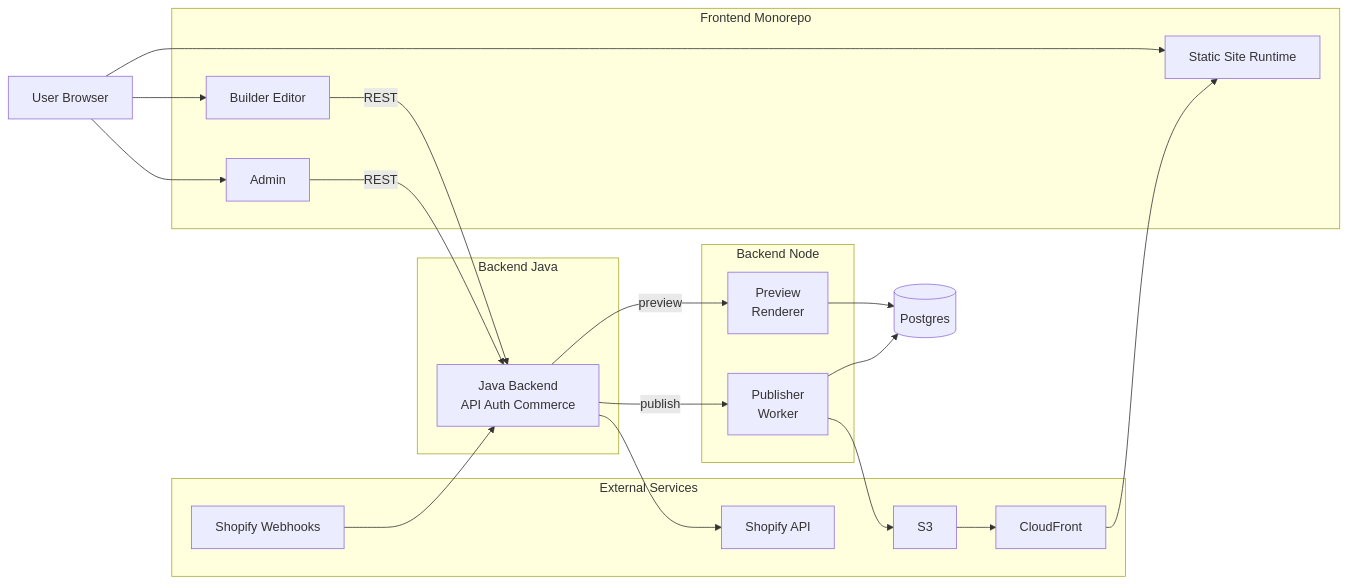
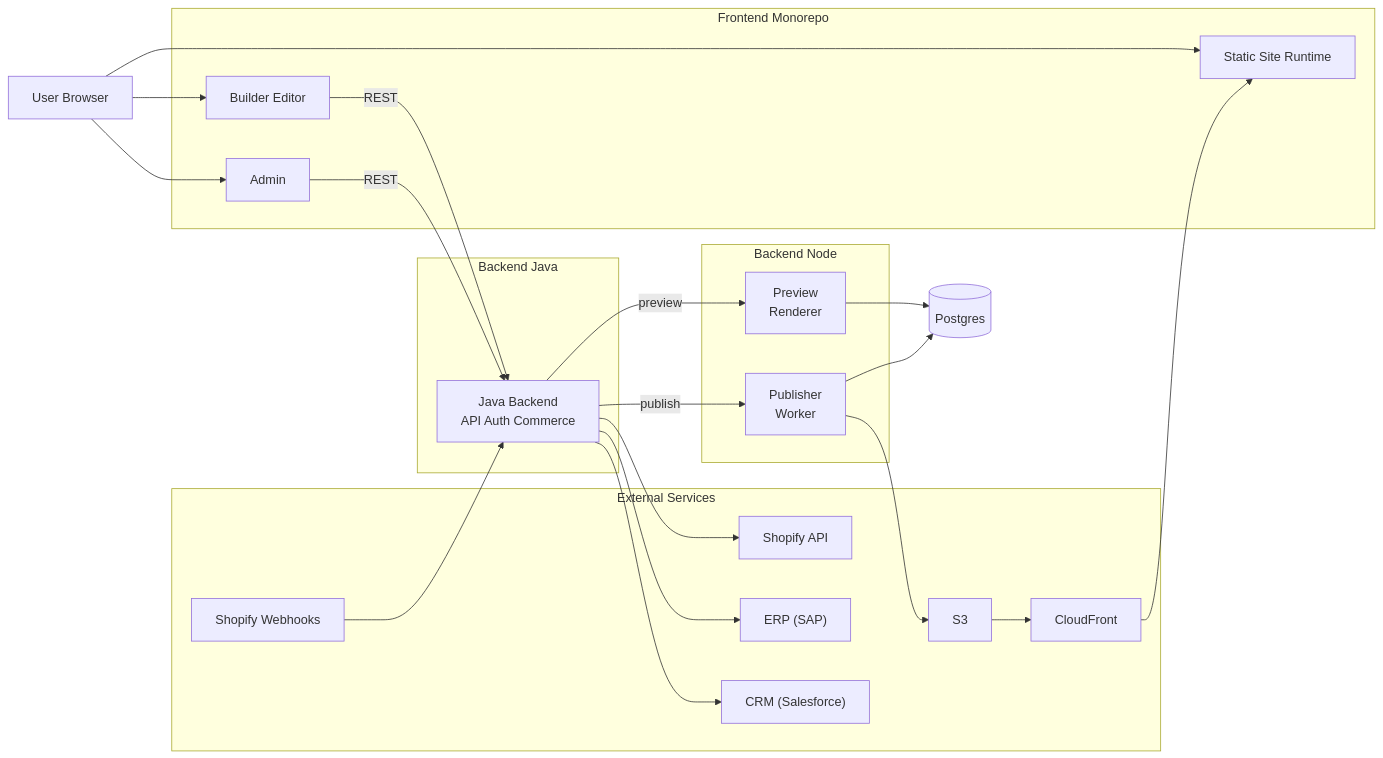
Before and after one commit to AIYAZONE/Atlas: the second of 14 diagrams in .trae/documents/02_Technical_Architecture/09_架构设计图表.md, drawn with Mermaid. The commit also changed 2 other files, not shown here.

Commit message:
docs(architecture): 更新技术架构文档添加ERP和CRM集成
添加ERP (SAP)和CRM (Salesforce)集成层描述
更新架构图包含新的外部服务连接
补充CI/CD流程和外部系统集成的详细说明

````diff
--- a/.trae/documents/02_Technical_Architecture/09_架构设计图表.md
+++ b/.trae/documents/02_Technical_Architecture/09_架构设计图表.md
@@ -94,44 +94,48 @@
 ```mermaid
 graph LR
   User[User Browser]
 
   subgraph "Frontend Monorepo"
     Builder["Builder Editor"]
     Admin[Admin]
     Runtime[Static Site Runtime]
   end
 
   subgraph "Backend Java"
     Java["Java Backend\nAPI Auth Commerce"]
   end
 
   subgraph "Backend Node"
     Preview["Preview\nRenderer"]
     Worker["Publisher\nWorker"]
   end
 
   subgraph "External Services"
     Shopify[Shopify API]
+    ERP["ERP (SAP)"]
+    CRM["CRM (Salesforce)"]
     S3[S3]
     CDN[CloudFront]
     Webhook[Shopify Webhooks]
   end
 
   User --> Runtime
   User --> Builder
   User --> Admin
 
   Builder -->|REST| Java
   Admin -->|REST| Java
   Java --> Shopify
+  Java --> ERP
+  Java --> CRM
   Webhook --> Java
 
   Java -->|preview| Preview
   Preview --> DB[(Postgres)]
 
   Java -->|publish| Worker
   Worker --> DB
   Worker --> S3
   S3 --> CDN
   CDN --> Runtime
 ```
````
